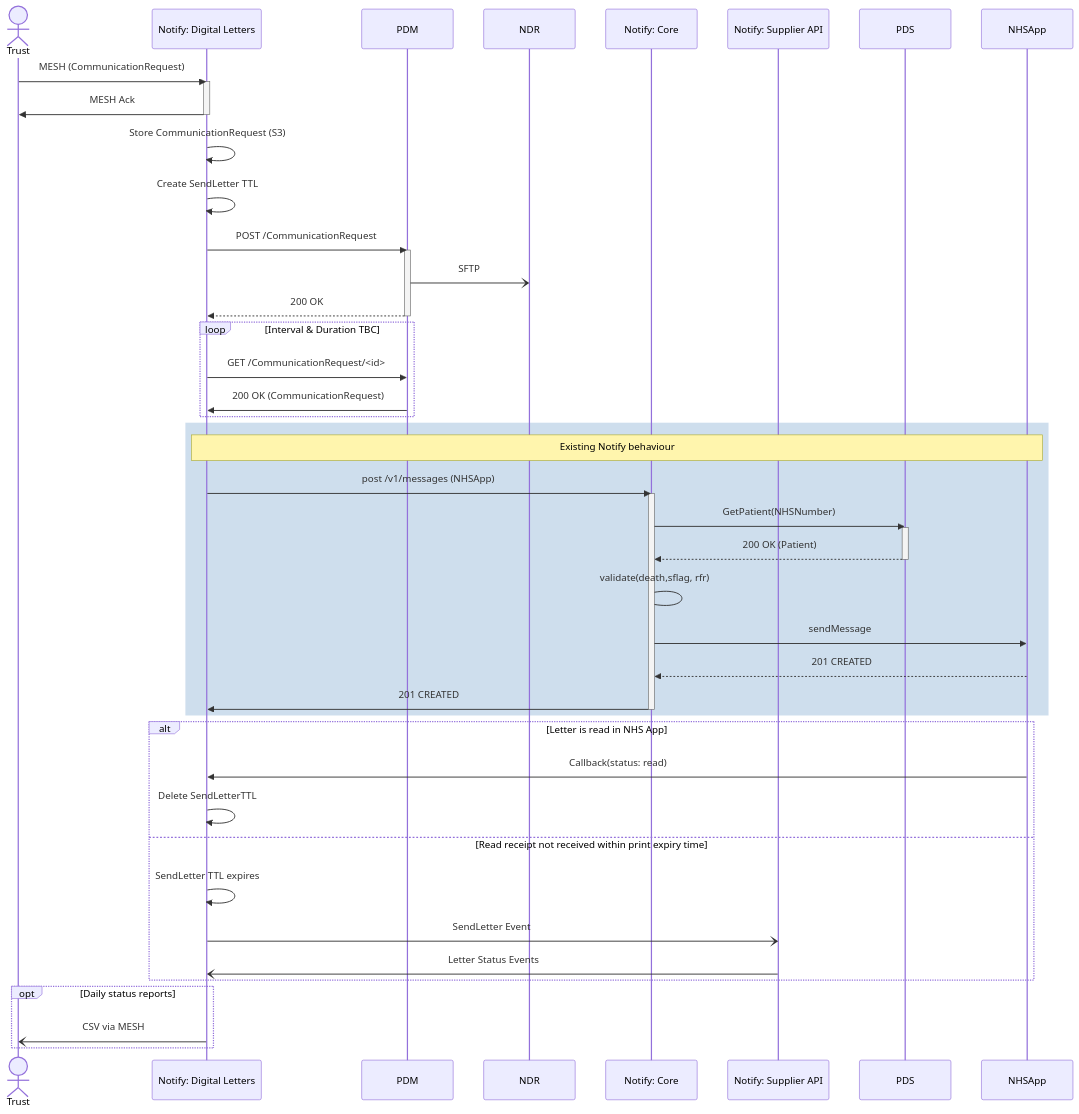
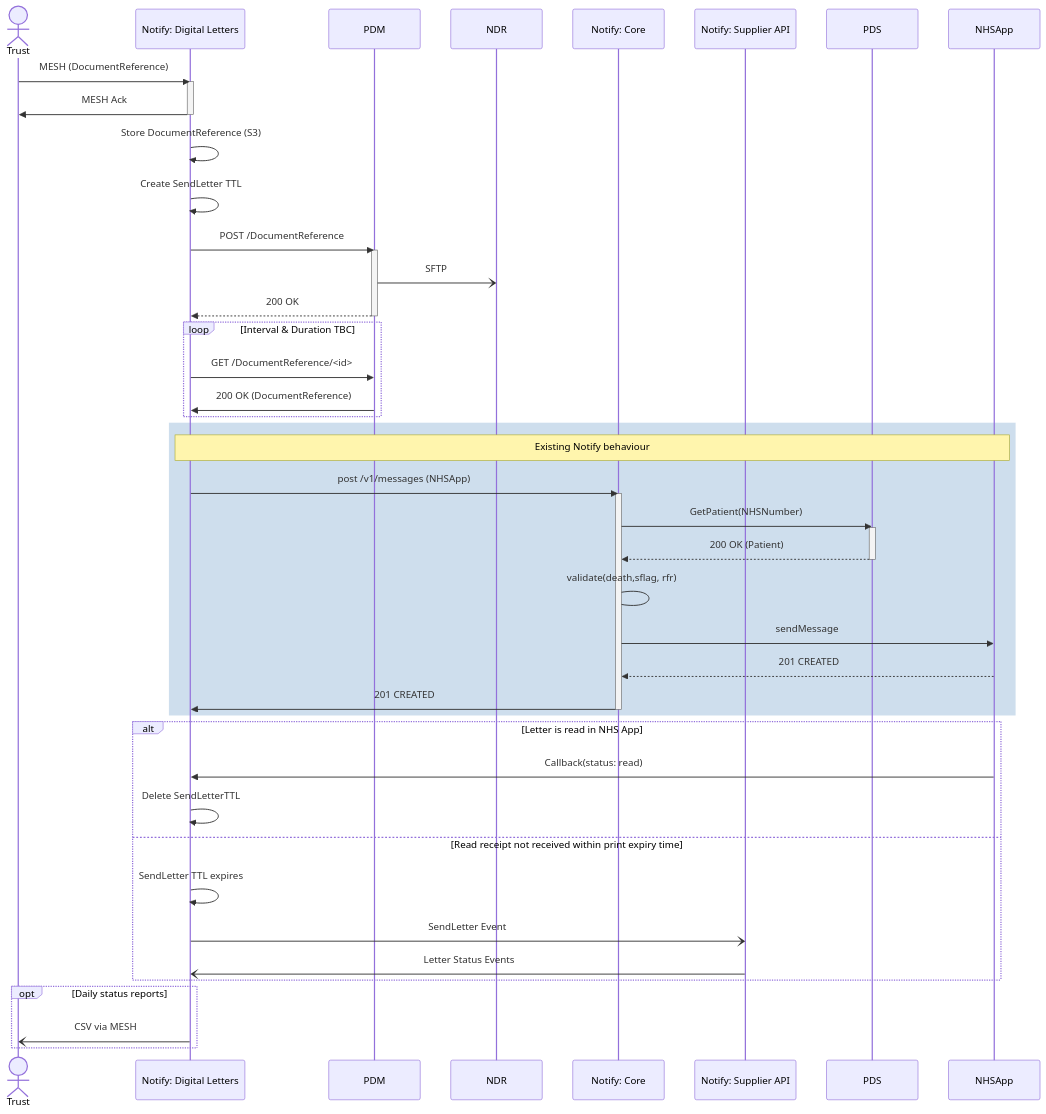
Before and after one commit to NHSDigital/nhs-notify-digital-letters: the diagram in docs/diagrams/digital-letters-sequence.md, drawn with Mermaid. The commit also changed other lines of this file and 3 other files, not shown here.

Commit message:
Changed CommunicationRequest to DocumentReference

````diff
--- a/docs/diagrams/digital-letters-sequence.md
+++ b/docs/diagrams/digital-letters-sequence.md
@@ -26,56 +26,56 @@
 ```mermaid
 
 sequenceDiagram
   actor trust as Trust
   participant notify-letters as Notify: Digital Letters
   participant pdm as PDM
   participant ndr as NDR
   participant notify-core as Notify: Core
   participant notify-supplier as Notify: Supplier API
   participant pds as PDS
   participant nhsapp as NHSApp
 
 
-  trust ->> notify-letters: MESH (CommunicationRequest)
+  trust ->> notify-letters: MESH (DocumentReference)
   activate notify-letters
       notify-letters ->> trust: MESH Ack
   deactivate notify-letters
-  notify-letters ->> notify-letters: Store CommunicationRequest (S3)
+  notify-letters ->> notify-letters: Store DocumentReference (S3)
   notify-letters ->> notify-letters: Create SendLetter TTL
-  notify-letters ->> pdm: POST /CommunicationRequest
+  notify-letters ->> pdm: POST /DocumentReference
   activate pdm
   pdm -) ndr: SFTP
   pdm -->> notify-letters: 200 OK
   deactivate pdm
   Loop Interval & Duration TBC
-    notify-letters ->> pdm: GET /CommunicationRequest/<id>
-    pdm ->> notify-letters: 200 OK (CommunicationRequest)
+    notify-letters ->> pdm: GET /DocumentReference/<id>
+    pdm ->> notify-letters: 200 OK (DocumentReference)
   end
   rect rgba(92, 145, 196, 0.3)
     note over notify-letters,nhsapp: Existing Notify behaviour
     notify-letters ->> notify-core: post /v1/messages (NHSApp)
     activate notify-core
       notify-core ->> pds: GetPatient(NHSNumber)
       activate pds
         pds -->> notify-core: 200 OK (Patient)
       deactivate pds
       notify-core -> notify-core: validate(death,sflag, rfr)
       notify-core ->> nhsapp: sendMessage
       nhsapp -->> notify-core: 201 CREATED
       notify-core ->> notify-letters: 201 CREATED
     deactivate notify-core
   end
 
   alt Letter is read in NHS App
     nhsapp ->> notify-letters: Callback(status: read)
     notify-letters ->> notify-letters: Delete SendLetterTTL
   else Read receipt not received within print expiry time
     notify-letters ->> notify-letters: SendLetter TTL expires
     notify-letters -) notify-supplier: SendLetter Event
     notify-supplier -) notify-letters: Letter Status Events
   end
   opt Daily status reports
     notify-letters -) trust: CSV via MESH
   end
 
 ```
````
